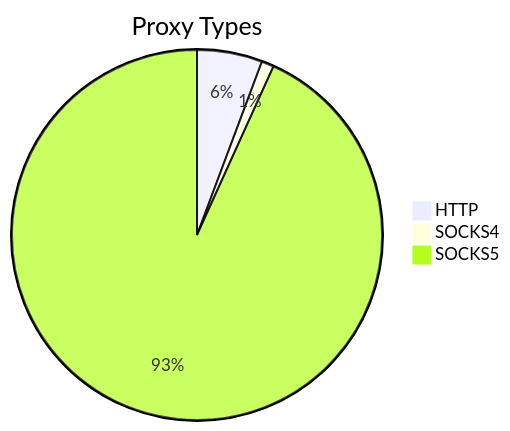
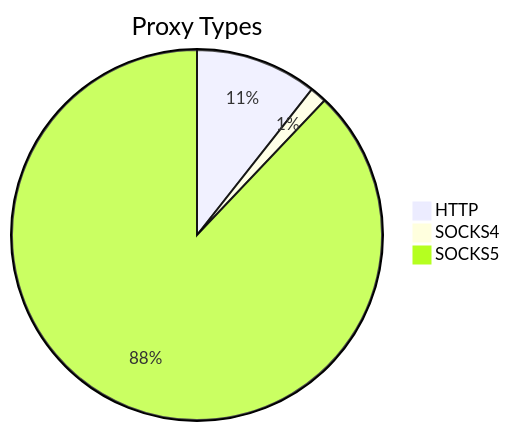
The first of 2 diagrams in README.md (stormsia/proxy-list), drawn with Mermaid before and after one commit. The commit also changed other lines of this file, not shown here.

````diff
--- a/README.md
+++ b/README.md
@@ -21,6 +21,6 @@
 ```mermaid
 pie title Proxy Types
-    "HTTP" : 90
-    "SOCKS4" : 17
-    "SOCKS5" : 1472
+    "HTTP" : 44
+    "SOCKS4" : 6
+    "SOCKS5" : 364
 ```
````
